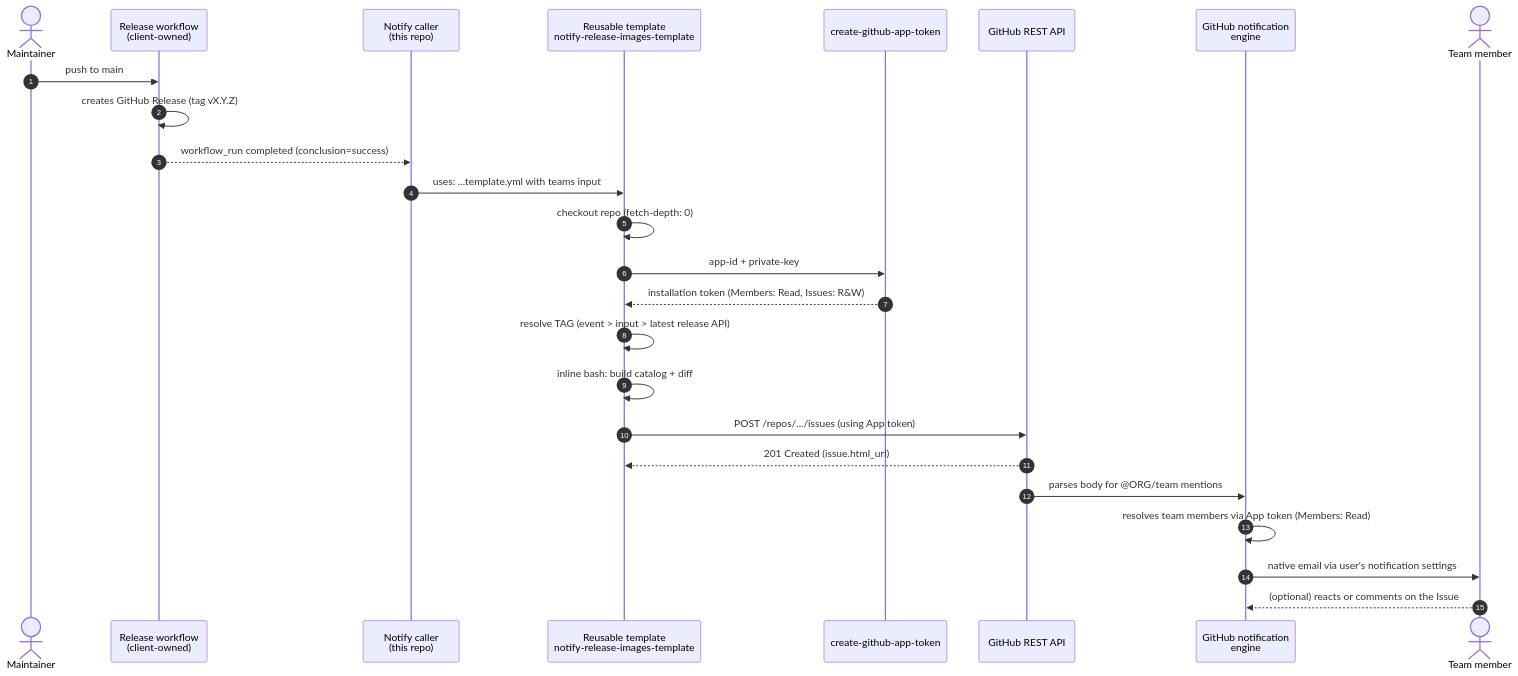
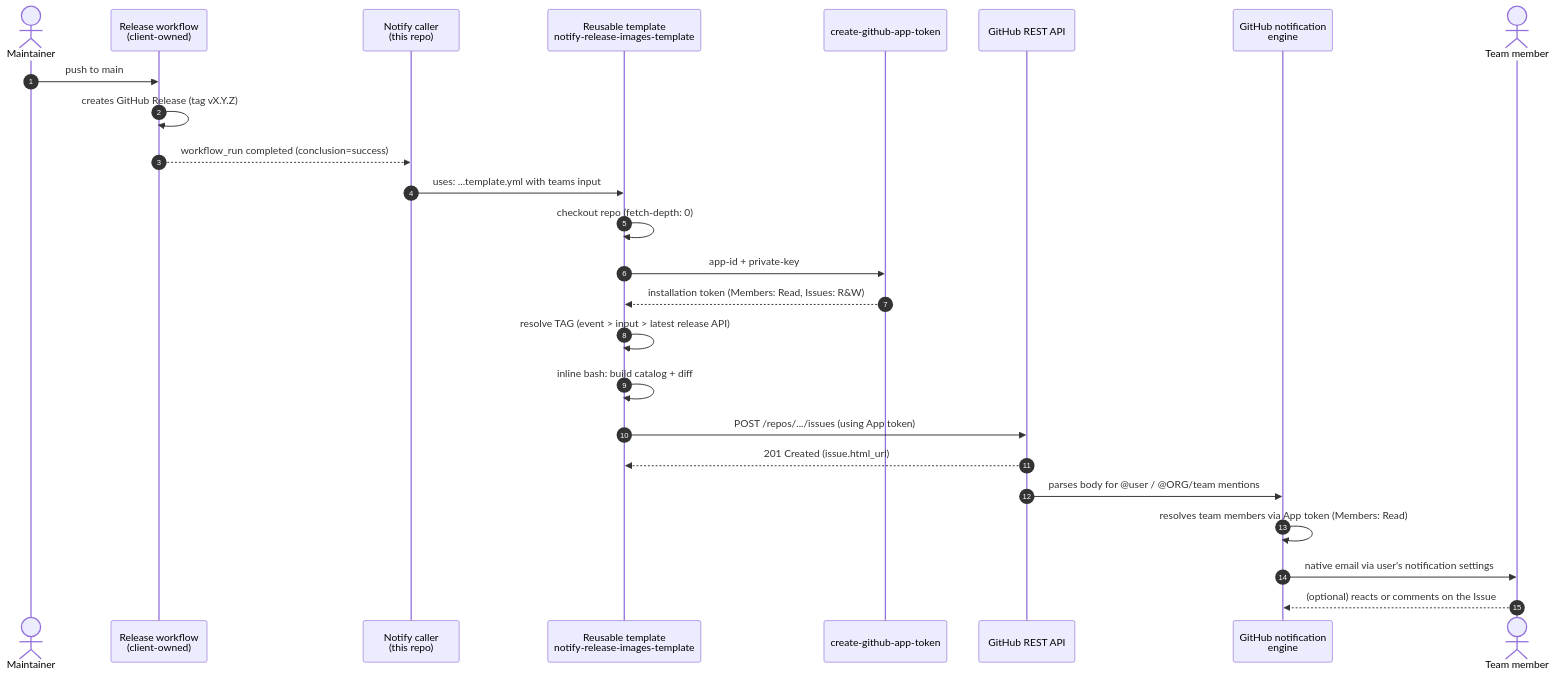
Before and after one commit to welbsterhansi/lab-utils-notify: the diagram in flow.md, drawn with Mermaid. The commit also changed other lines of this file and 3 other files, not shown here.

Commit message:
fix: allow user mentions for lab notifications

````diff
--- a/flow.md
+++ b/flow.md
@@ -8,28 +8,28 @@
 ```mermaid
 sequenceDiagram
     autonumber
     actor Maintainer
     participant Release as Release workflow<br/>(client-owned)
     participant Caller as Notify caller<br/>(this repo)
     participant Template as Reusable template<br/>notify-release-images-template
     participant AppApi as create-github-app-token
     participant API as GitHub REST API
     participant Notif as GitHub notification<br/>engine
     actor Dev as Team member
 
     Maintainer->>Release: push to main
     Release->>Release: creates GitHub Release (tag vX.Y.Z)
     Release-->>Caller: workflow_run completed (conclusion=success)
     Caller->>Template: uses: ...template.yml with teams input
     Template->>Template: checkout repo (fetch-depth: 0)
     Template->>AppApi: app-id + private-key
     AppApi-->>Template: installation token (Members: Read, Issues: R&W)
     Template->>Template: resolve TAG (event > input > latest release API)
     Template->>Template: inline bash: build catalog + diff
     Template->>API: POST /repos/.../issues (using App token)
     API-->>Template: 201 Created (issue.html_url)
-    API->>Notif: parses body for @ORG/team mentions
+    API->>Notif: parses body for @user / @ORG/team mentions
     Notif->>Notif: resolves team members via App token (Members: Read)
     Notif->>Dev: native email via user's notification settings
     Dev-->>Notif: (optional) reacts or comments on the Issue
 ```
````
